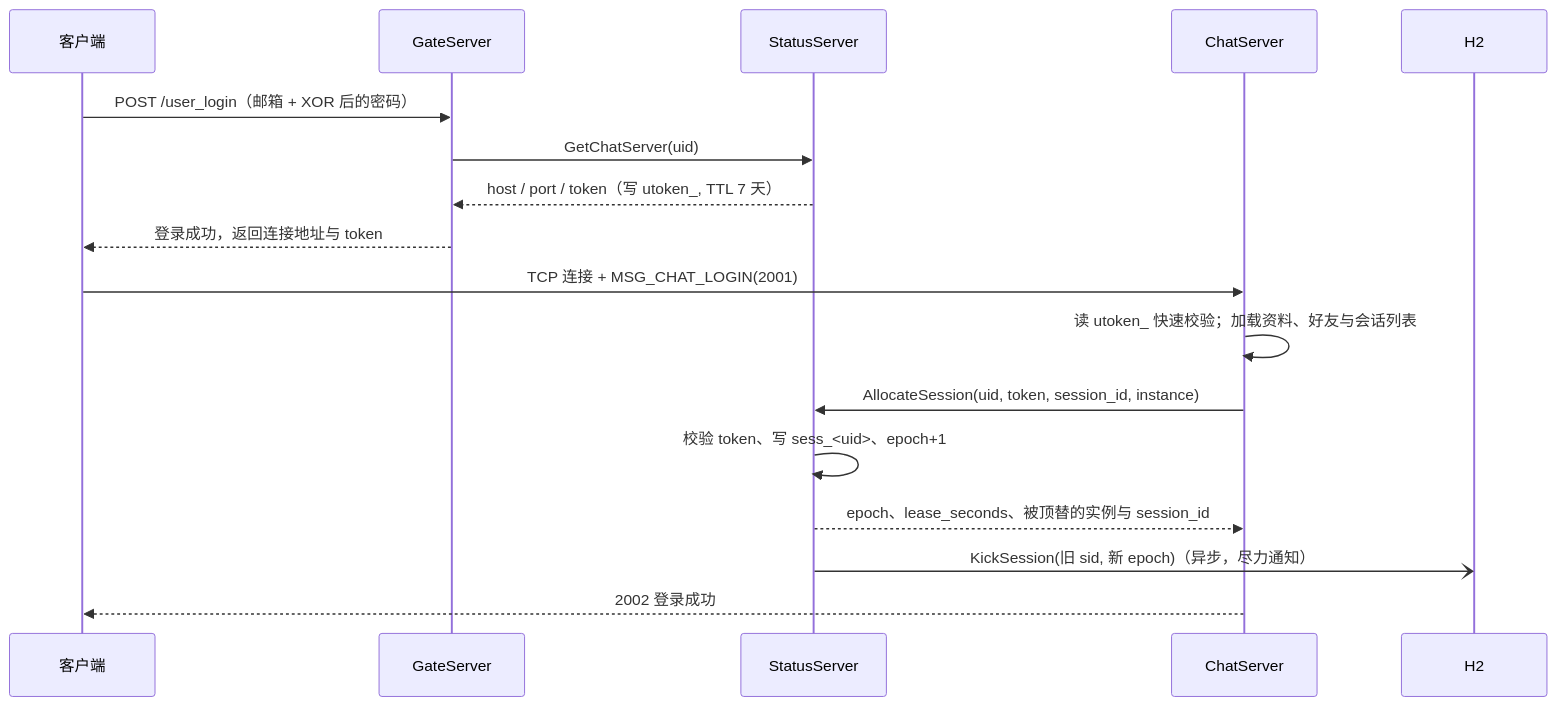
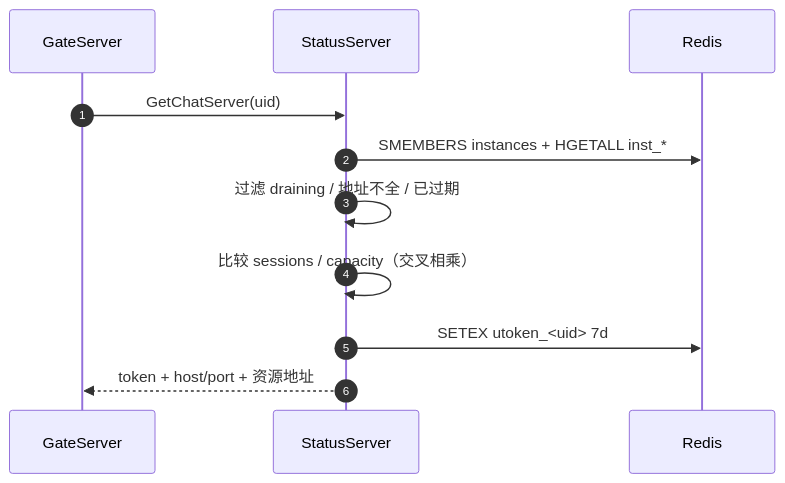
The second of 5 diagrams in docs/08-status-server.md (yrc920/yunjian), drawn with Mermaid before and after one commit. The commit also changed other lines of this file and 49 other files, not shown here.

````diff
--- a/docs/08-status-server.md
+++ b/docs/08-status-server.md
@@ -57,19 +37,14 @@
 ```mermaid
 sequenceDiagram
-    participant C as 客户端
+    autonumber
     participant G as GateServer
     participant S as StatusServer
-    participant H as ChatServer
+    participant R as Redis
 
-    C->>G: POST /user_login（邮箱 + XOR 后的密码）
     G->>S: GetChatServer(uid)
-    S-->>G: host / port / token（写 utoken_, TTL 7 天）
-    G-->>C: 登录成功，返回连接地址与 token
-    C->>H: TCP 连接 + MSG_CHAT_LOGIN(2001)
-    H->>H: 读 utoken_ 快速校验；加载资料、好友与会话列表
-    H->>S: AllocateSession(uid, token, session_id, instance)
-    S->>S: 校验 token、写 sess_<uid>、epoch+1
-    S-->>H: epoch、lease_seconds、被顶替的实例与 session_id
-    S-)H2: KickSession(旧 sid, 新 epoch)（异步，尽力通知）
-    H-->>C: 2002 登录成功
+    S->>R: SMEMBERS instances + HGETALL inst_*
+    S->>S: 过滤 draining / 地址不全 / 已过期
+    S->>S: 比较 sessions / capacity（交叉相乘）
+    S->>R: SETEX utoken_<uid> 7d
+    S-->>G: token + host/port + 资源地址
 ```
````
